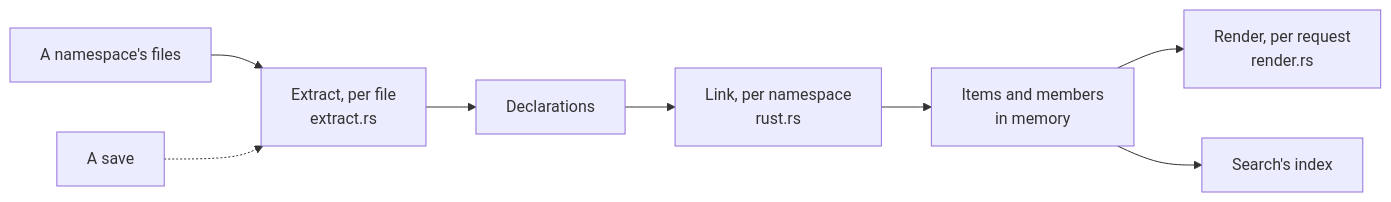
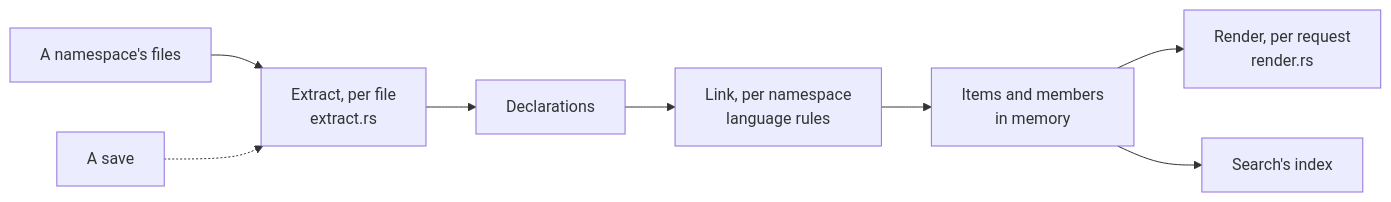
One commit to andrei512/devpage changed the diagram in docs/boxes/viewer/code-reference/reading-the-code/README.md. Above: the diagram before and after it, drawn with Mermaid. The commit also changed other lines of this file and 17 other files, not shown here.

````diff
--- a/docs/boxes/viewer/code-reference/reading-the-code/README.md
+++ b/docs/boxes/viewer/code-reference/reading-the-code/README.md
@@ -10,15 +10,15 @@
 ```mermaid
 flowchart LR
   files["A namespace's files"] --> extract["Extract, per file<br/>extract.rs"]
   extract --> declarations["Declarations"]
-  declarations --> link["Link, per namespace<br/>rust.rs"]
+  declarations --> link["Link, per namespace<br/>language rules"]
   link --> items["Items and members<br/>in memory"]
   items --> render["Render, per request<br/>render.rs"]
   items --> searched["Search's index"]
   save["A save"] -.-> extract
   click extract href "#reading-one-file" "Reading one file"
   click link href "#linking-the-files" "Linking the files"
   click render href "#answering-an-address" "Answering an address"
   click save href "#staying-current" "Staying current"
   click searched href "#staying-current" "Staying current"
 ```
````
